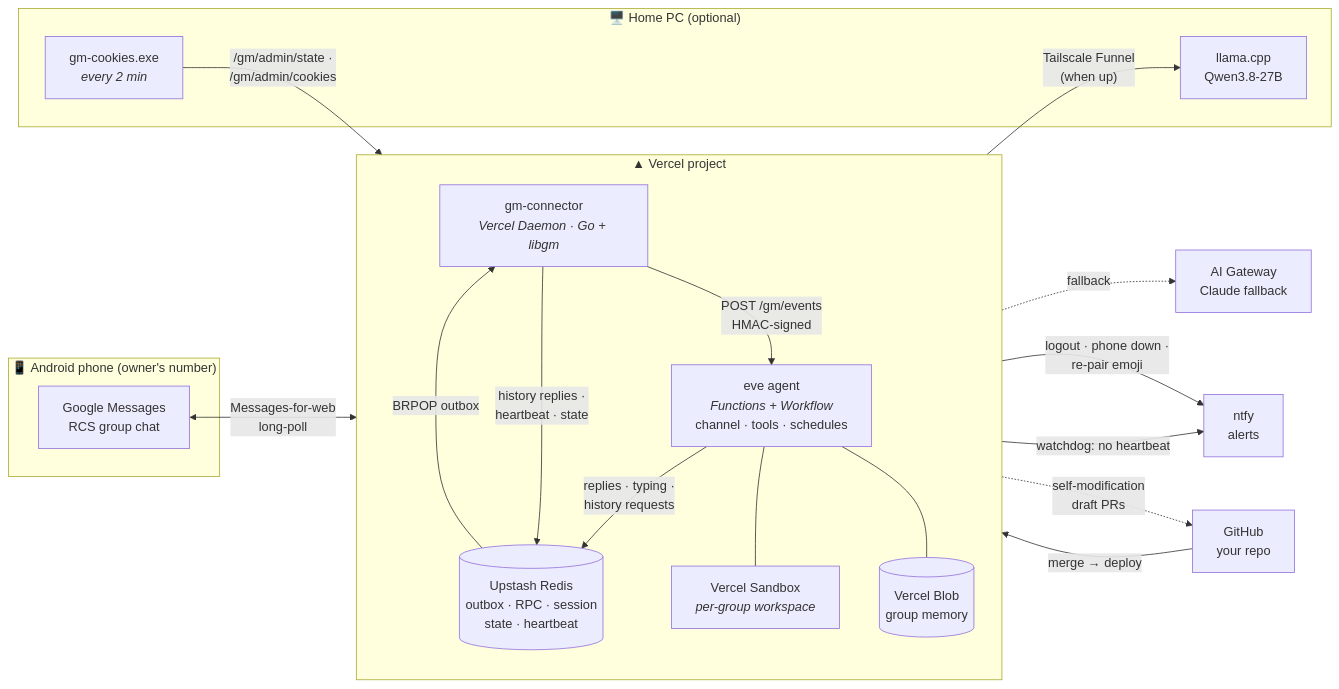
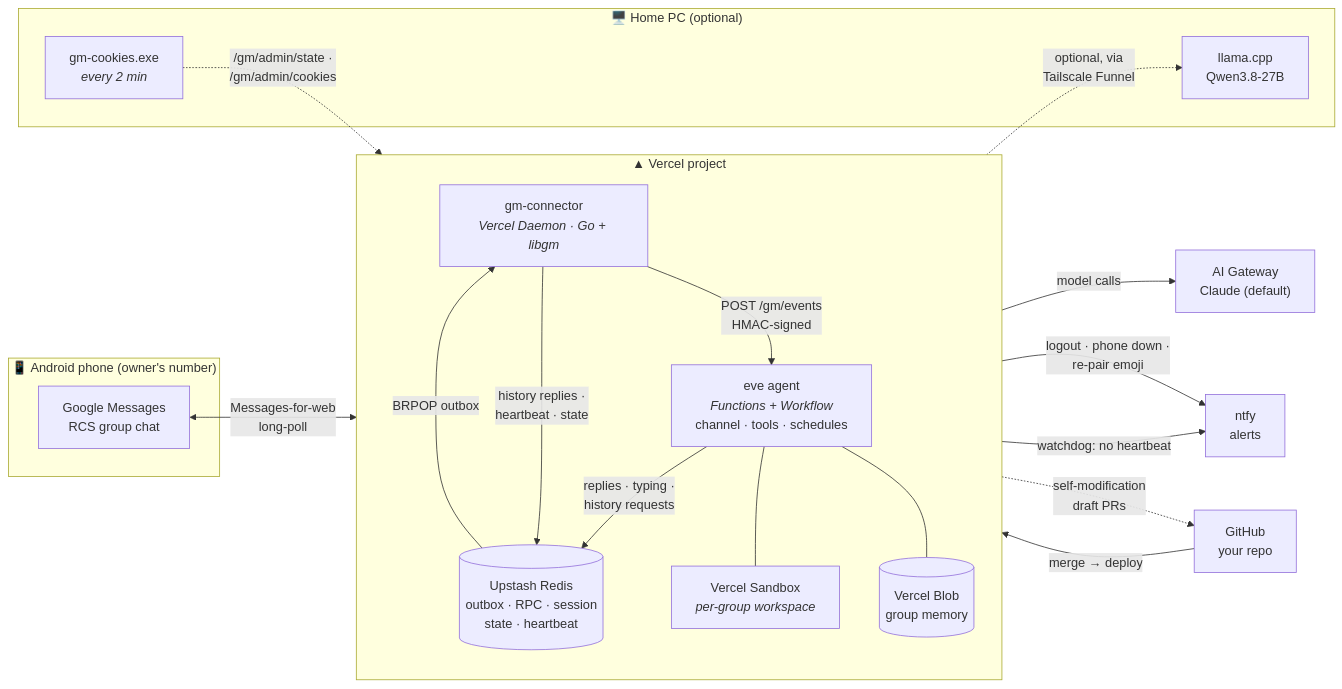
The diagram in README.md (pwillia7/rcs-group-bot), drawn with Mermaid before and after one commit. The commit also changed other lines of this file, not shown here.

````diff
--- a/README.md
+++ b/README.md
@@ -41,39 +106,39 @@
 ```mermaid
 flowchart LR
     subgraph phone["📱 Android phone (owner's number)"]
         GM["Google Messages<br/>RCS group chat"]
     end
 
     subgraph vercel["▲ Vercel project"]
         direction TB
         CONN["gm-connector<br/><i>Vercel Daemon · Go + libgm</i>"]
         AGENT["eve agent<br/><i>Functions + Workflow</i><br/>channel · tools · schedules"]
         SANDBOX["Vercel Sandbox<br/><i>per-group workspace</i>"]
         BLOB[("Vercel Blob<br/>group memory")]
         REDIS[("Upstash Redis<br/>outbox · RPC · session<br/>state · heartbeat")]
     end
 
     subgraph pc["🖥️ Home PC (optional)"]
         QWEN["llama.cpp<br/>Qwen3.8-27B"]
         COOKIES["gm-cookies.exe<br/><i>every 2 min</i>"]
     end
 
-    GATEWAY["AI Gateway<br/>Claude fallback"]
+    GATEWAY["AI Gateway<br/>Claude (default)"]
     NTFY["ntfy<br/>alerts"]
     GH["GitHub<br/>your repo"]
 
     GM <-->|"Messages-for-web<br/>long-poll"| CONN
     CONN -->|"POST /gm/events<br/>HMAC-signed"| AGENT
     AGENT -->|"replies · typing ·<br/>history requests"| REDIS
     REDIS -->|"BRPOP outbox"| CONN
     CONN -->|"history replies ·<br/>heartbeat · state"| REDIS
-    AGENT -->|"Tailscale Funnel<br/>(when up)"| QWEN
-    AGENT -.->|"fallback"| GATEWAY
+    AGENT -.->|"optional, via<br/>Tailscale Funnel"| QWEN
+    AGENT -->|"model calls"| GATEWAY
     AGENT --- SANDBOX
     AGENT --- BLOB
     CONN -->|"logout · phone down ·<br/>re-pair emoji"| NTFY
     AGENT -->|"watchdog: no heartbeat"| NTFY
-    COOKIES -->|"/gm/admin/state ·<br/>/gm/admin/cookies"| AGENT
+    COOKIES -.->|"/gm/admin/state ·<br/>/gm/admin/cookies"| AGENT
     AGENT -.->|"self-modification<br/>draft PRs"| GH
     GH -->|"merge → deploy"| vercel
 ```
````
